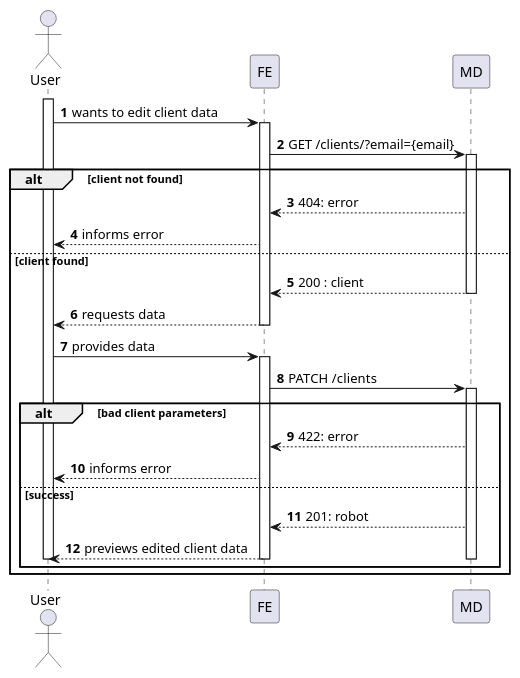
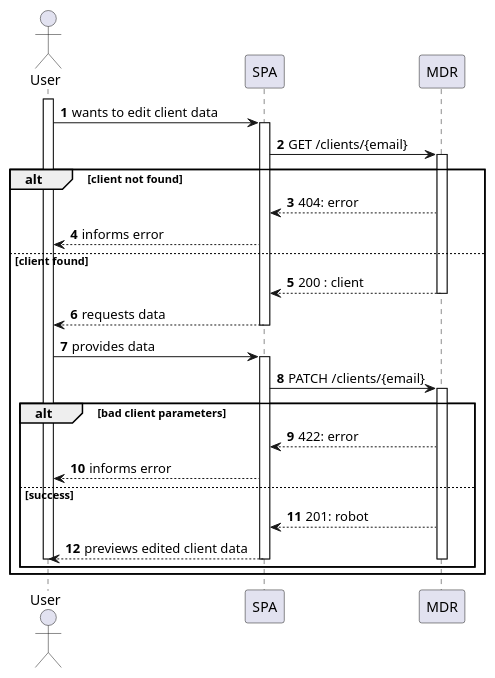
One commit to Departamento-de-Engenharia-Informatica/lapr5-23-24-g19 changed the diagram in docs/us100/level2/process-view.puml. Above: the diagram before and after it, drawn with PlantUML. The commit also changed 3 other files, not shown here.

```diff
--- a/docs/us100/level2/process-view.puml
+++ b/docs/us100/level2/process-view.puml
@@ -1,42 +1,42 @@
 @startuml
 
 autonumber
 
 actor "User" as usr
 
-participant "FE" as ui
+participant "SPA" as ui
 
-participant "MD" as md
+participant "MDR" as md
 
 activate usr
 usr -> ui : wants to edit client data
     activate ui
-        ui -> md : GET /clients/?email={email}
+        ui -> md : GET /clients/{email}
         activate md
 alt client not found
             md --> ui : 404: error
             ui --> usr : informs error
 else client found
             md --> ui : 200 : client
         deactivate md
         ui --> usr : requests data
     deactivate ui
 
     usr -> ui : provides data
     activate ui
-        ui -> md : PATCH /clients
+    ui -> md : PATCH /clients/{email}
         activate md
 alt bad client parameters
             md --> ui : 422: error
             ui --> usr : informs error
 else success
             md --> ui : 201: robot
             ui --> usr : previews edited client data
         deactivate md
 
     deactivate ui
 deactivate usr
 end
 end
 
 @enduml
```
